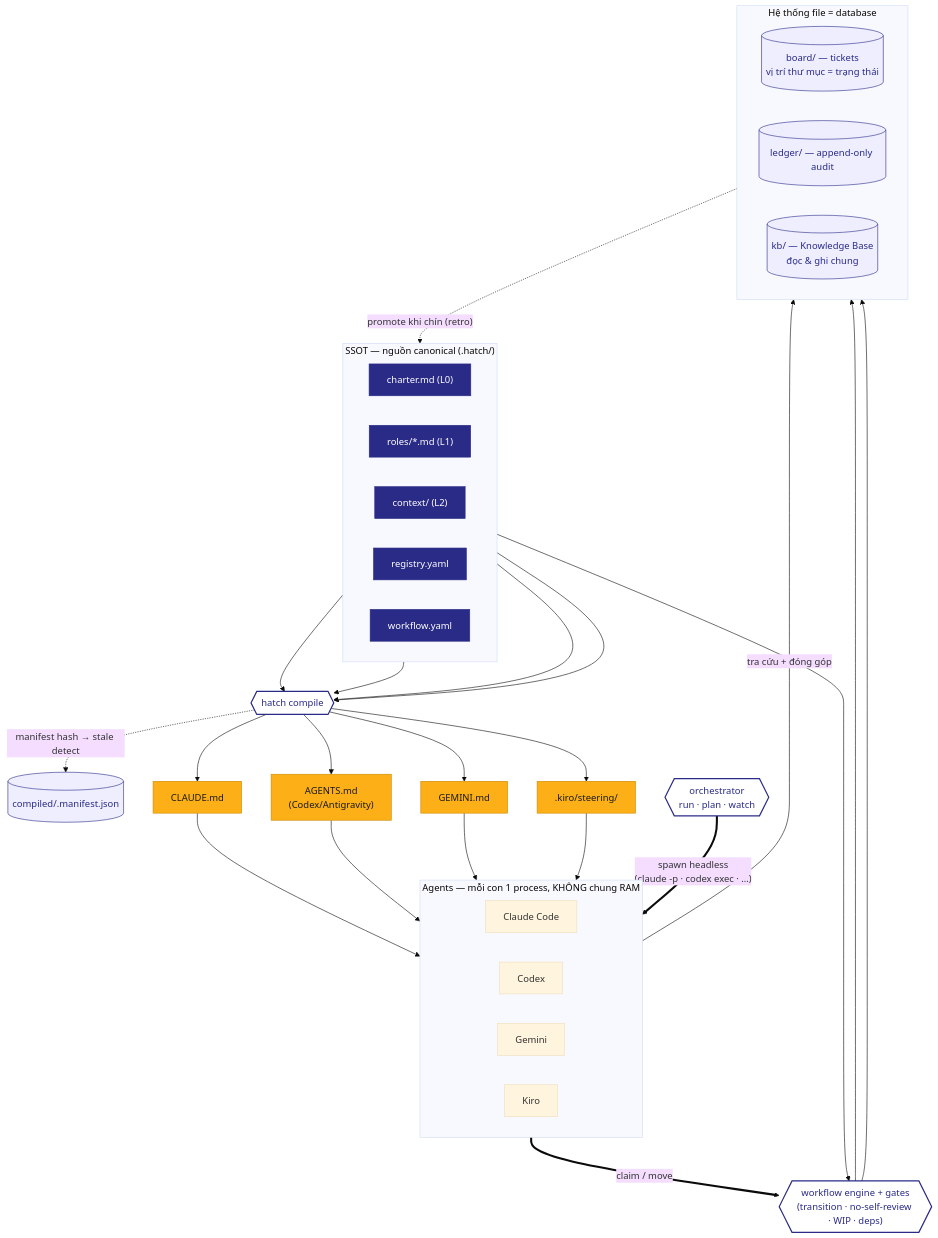
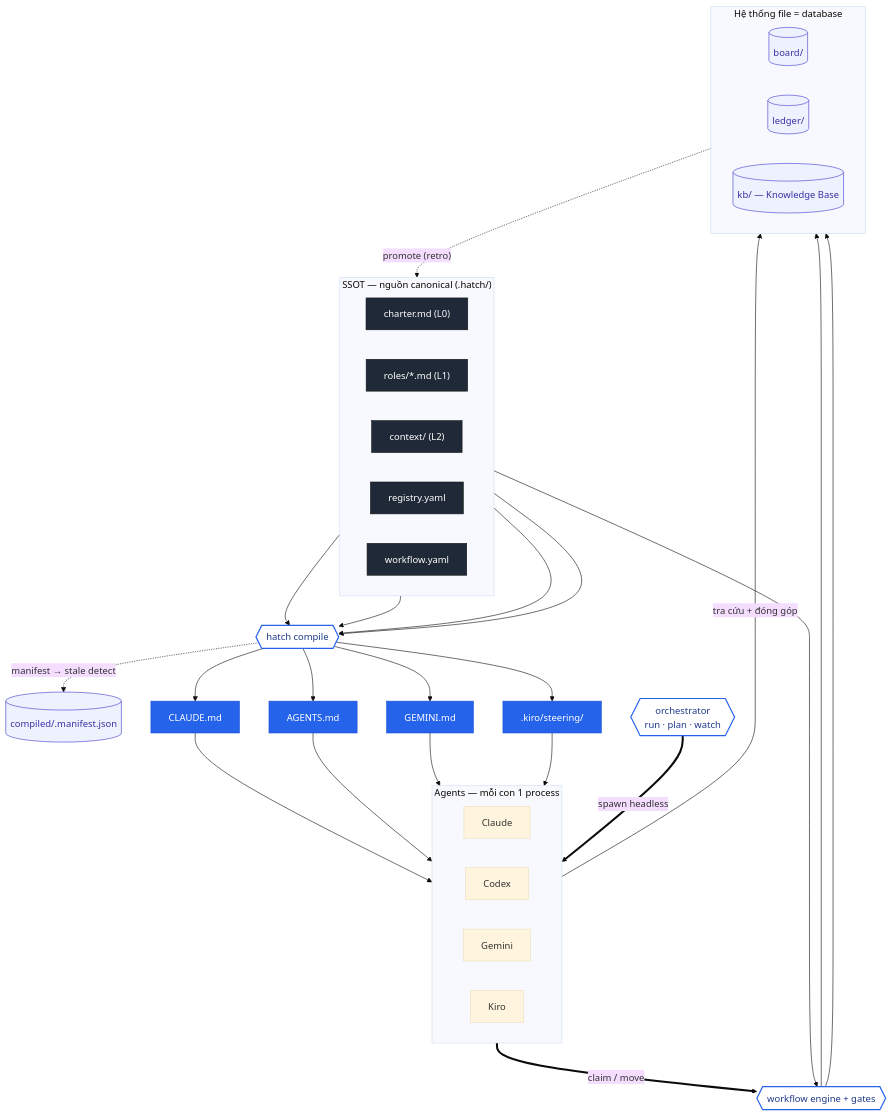
Before and after one commit to fioenix/hatch: the first of 2 diagrams in hatch/docs/architecture-diagram.md, drawn with Mermaid (base theme). The commit also changed other lines of this file and 12 other files, not shown here.

First line of the commit message:
Add PDLC workflow templates; plaintext-first diagrams; de-brand colors

````diff
--- a/hatch/docs/architecture-diagram.md
+++ b/hatch/docs/architecture-diagram.md
@@ -11,59 +73,52 @@
 ```mermaid
 flowchart TB
-  classDef ssot fill:#2a2b86,color:#fff,stroke:#2a2b86;
-  classDef surf fill:#fcaf16,color:#1a1a1a,stroke:#c98a00;
-  classDef store fill:#eef,stroke:#2a2b86,color:#2a2b86;
-  classDef eng fill:#fff,stroke:#2a2b86,color:#2a2b86,stroke-width:2px;
+  classDef ssot fill:#1f2937,color:#fff,stroke:#111;
+  classDef surf fill:#2563eb,color:#fff,stroke:#1d4ed8;
+  classDef store fill:#eef2ff,stroke:#4338ca,color:#3730a3;
+  classDef eng fill:#fff,stroke:#2563eb,color:#1e3a8a,stroke-width:2px;
 
   subgraph SSOT["SSOT — nguồn canonical (.hatch/)"]
     direction LR
     CH["charter.md (L0)"]:::ssot
     RO["roles/*.md (L1)"]:::ssot
     CX["context/ (L2)"]:::ssot
     REG["registry.yaml"]:::ssot
     WF["workflow.yaml"]:::ssot
   end
-
   COMPILER{{"hatch compile"}}:::eng
   CH --> COMPILER
   RO --> COMPILER
   CX --> COMPILER
   REG --> COMPILER
-  COMPILER -. "manifest hash → stale detect" .-> MAN[("compiled/.manifest.json")]:::store
-
+  COMPILER -. "manifest → stale detect" .-> MAN[("compiled/.manifest.json")]:::store
   COMPILER --> S1["CLAUDE.md"]:::surf
-  COMPILER --> S2["AGENTS.md<br/>(Codex/Antigravity)"]:::surf
+  COMPILER --> S2["AGENTS.md"]:::surf
   COMPILER --> S3["GEMINI.md"]:::surf
   COMPILER --> S4[".kiro/steering/"]:::surf
-
-  subgraph AGENTS["Agents — mỗi con 1 process, KHÔNG chung RAM"]
+  subgraph AGENTS["Agents — mỗi con 1 process"]
     direction LR
-    A1["Claude Code"]
+    A1["Claude"]
     A2["Codex"]
     A3["Gemini"]
     A4["Kiro"]
   end
   S1 --> A1
   S2 --> A2
   S3 --> A3
   S4 --> A4
-
   ORCH{{"orchestrator<br/>run · plan · watch"}}:::eng
-  ORCH == "spawn headless<br/>(claude -p · codex exec · …)" ==> AGENTS
-
-  ENGINE{{"workflow engine + gates<br/>(transition · no-self-review · WIP · deps)"}}:::eng
+  ORCH == "spawn headless" ==> AGENTS
+  ENGINE{{"workflow engine + gates"}}:::eng
   WF --> ENGINE
-
   subgraph STORE["Hệ thống file = database"]
     direction LR
-    BOARD[("board/ — tickets<br/>vị trí thư mục = trạng thái")]:::store
-    LEDGER[("ledger/ — append-only audit")]:::store
-    KB[("kb/ — Knowledge Base<br/>đọc & ghi chung")]:::store
+    BOARD[("board/")]:::store
+    LEDGER[("ledger/")]:::store
+    KB[("kb/ — Knowledge Base")]:::store
   end
-
   AGENTS == "claim / move" ==> ENGINE
   ENGINE --> BOARD
   ENGINE --> LEDGER
   AGENTS -- "tra cứu + đóng góp" --> KB
-  KB -. "promote khi chín (retro)" .-> CX
+  KB -. "promote (retro)" .-> CX
 ```
````
